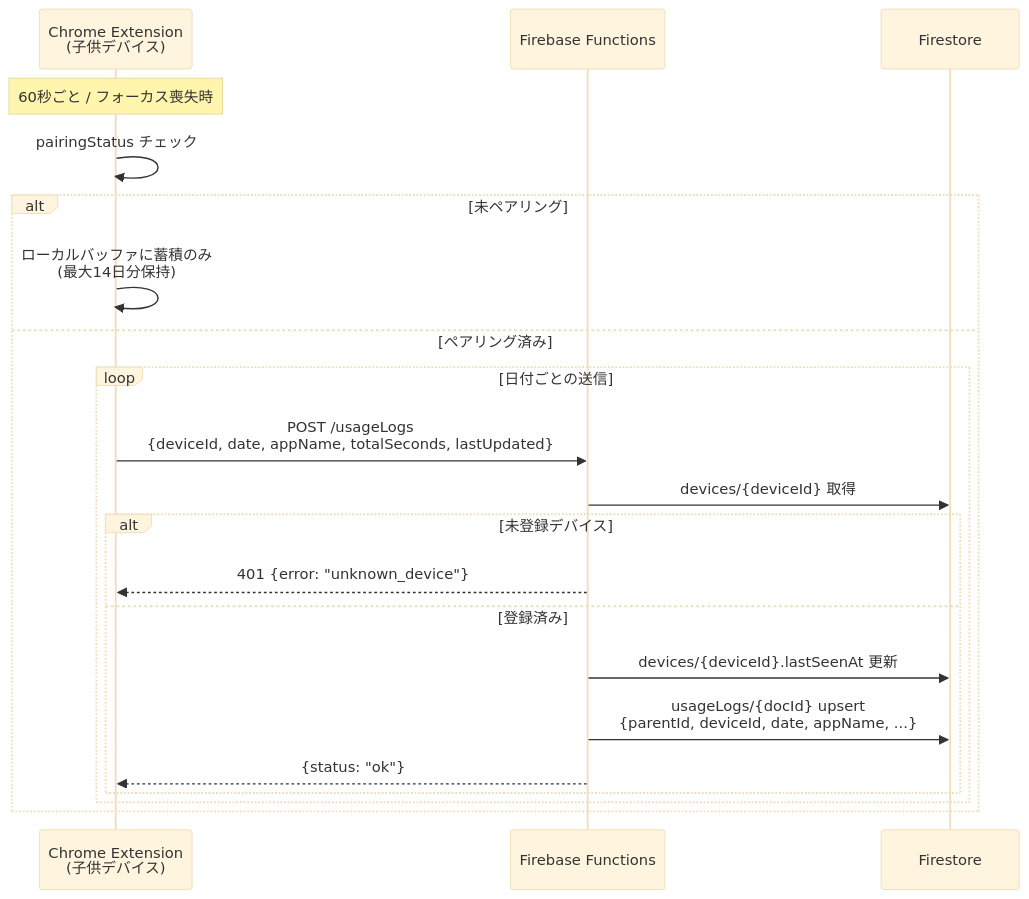
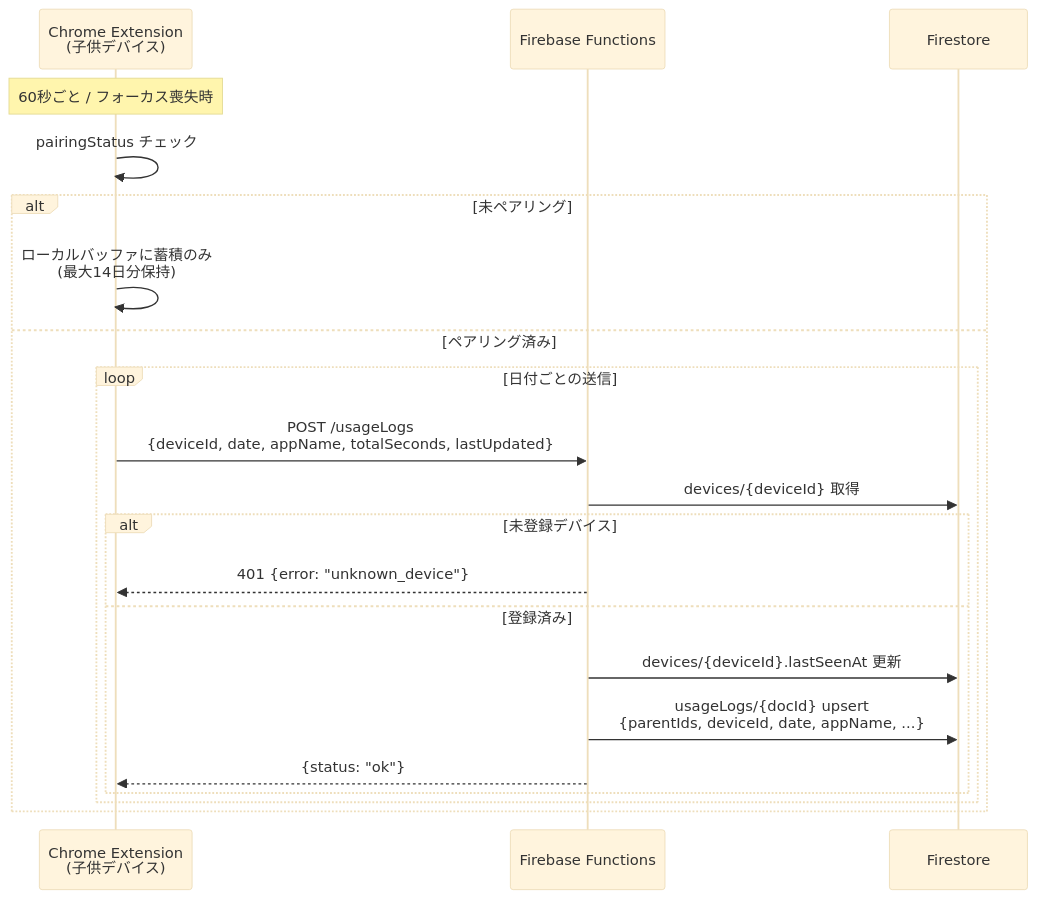
The second of 4 diagrams in docs/mermaid/s02-otp-pairing-data-flow.md (y-plusknasy/cb-monitor-extension), drawn with Mermaid (base theme) before and after one commit. The commit also changed other lines of this file and 24 other files, not shown here.

First line of the commit message:
feat: S6.5 — multi-parent device mapping, ESLint config, storage cleanup

````diff
--- a/docs/mermaid/s02-otp-pairing-data-flow.md
+++ b/docs/mermaid/s02-otp-pairing-data-flow.md
@@ -52,24 +52,24 @@
 ```mermaid
 sequenceDiagram
     participant Extension as Chrome Extension<br/>(子供デバイス)
     participant Functions as Firebase Functions
     participant Firestore as Firestore
 
     Note over Extension: 60秒ごと / フォーカス喪失時
     Extension->>Extension: pairingStatus チェック
     alt 未ペアリング
         Extension->>Extension: ローカルバッファに蓄積のみ<br/>(最大14日分保持)
     else ペアリング済み
         loop 日付ごとの送信
             Extension->>Functions: POST /usageLogs<br/>{deviceId, date, appName, totalSeconds, lastUpdated}
             Functions->>Firestore: devices/{deviceId} 取得
             alt 未登録デバイス
                 Functions-->>Extension: 401 {error: "unknown_device"}
             else 登録済み
                 Functions->>Firestore: devices/{deviceId}.lastSeenAt 更新
-                Functions->>Firestore: usageLogs/{docId} upsert<br/>{parentId, deviceId, date, appName, ...}
+                Functions->>Firestore: usageLogs/{docId} upsert<br/>{parentIds, deviceId, date, appName, ...}
                 Functions-->>Extension: {status: "ok"}
             end
         end
     end
 ```
````
